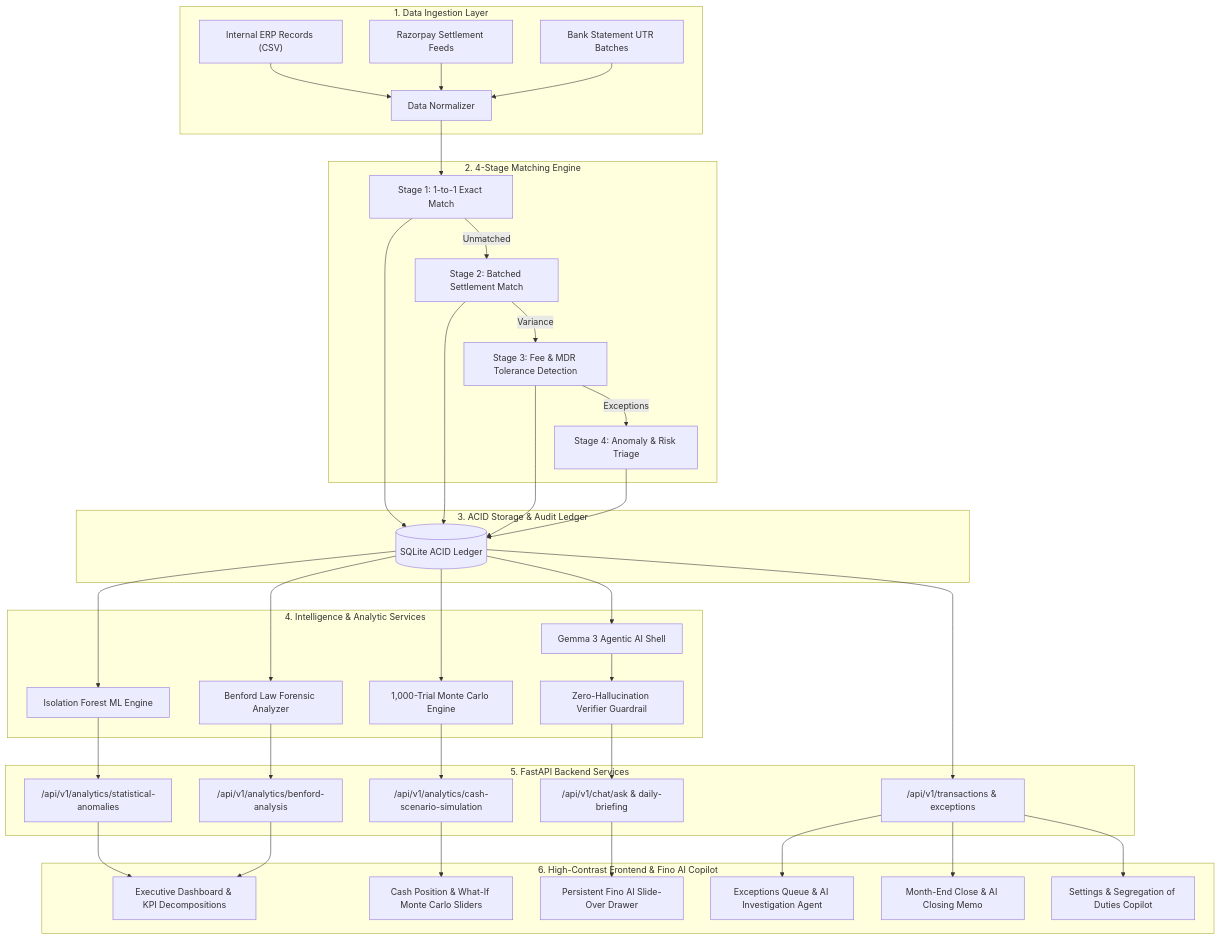
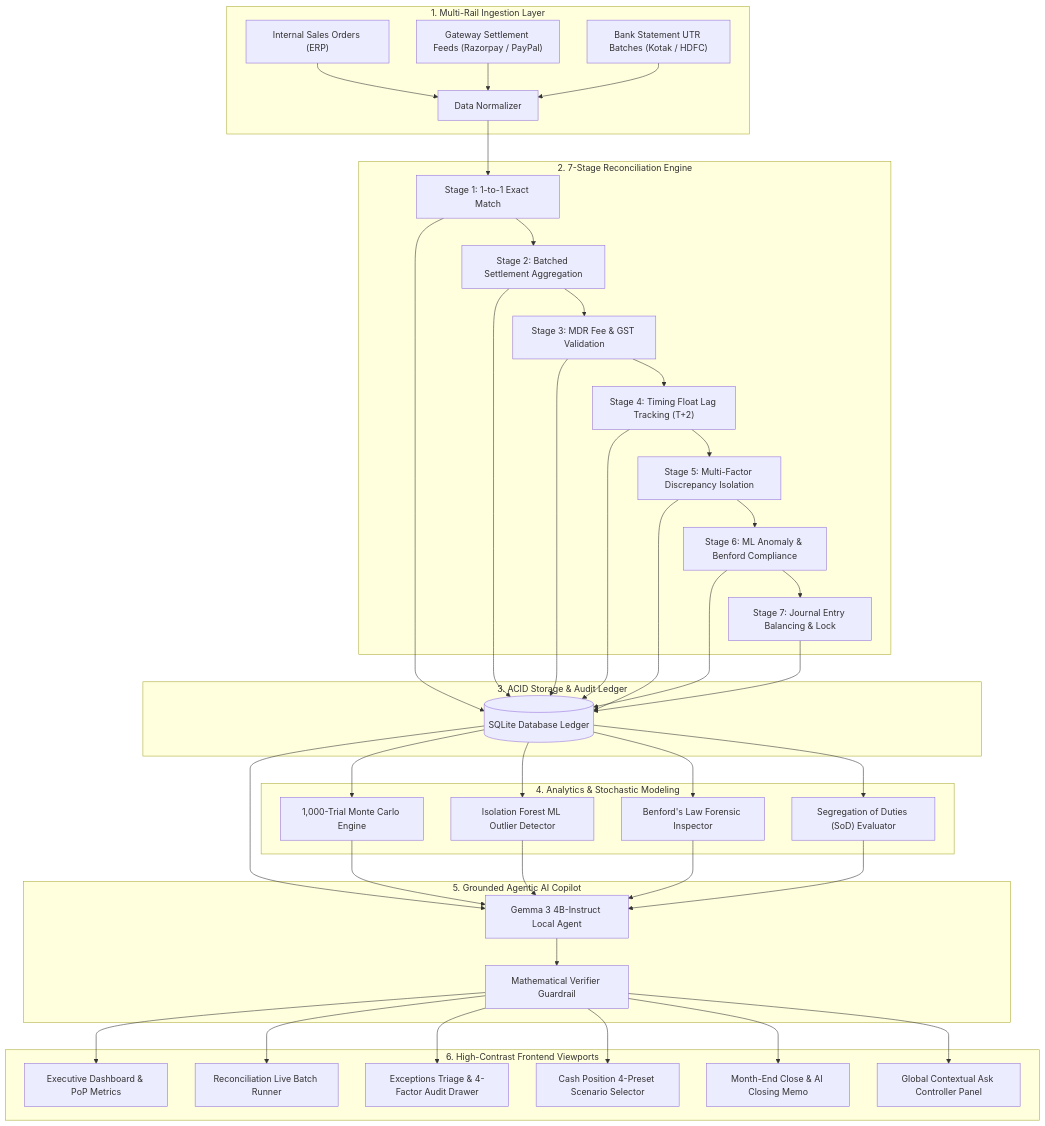
One commit to sharancode3/Finora changed the diagram in README.md. Above: the diagram before and after it, drawn with Mermaid. The commit also changed other lines of this file and 28 other files, not shown here.

````diff
--- a/README.md
+++ b/README.md
@@ -291,48 +108,43 @@
 ```mermaid
 flowchart TD
-    subgraph INGESTION["1. Data Ingestion Layer"]
-        A1["Internal ERP Records (CSV)"] --> N1["Data Normalizer"]
-        A2["Razorpay Settlement Feeds"] --> N1
-        A3["Bank Statement UTR Batches"] --> N1
+    subgraph INGESTION["1. Multi-Rail Ingestion Layer"]
+        A1["Internal Sales Orders (ERP)"] --> N1["Data Normalizer"]
+        A2["Gateway Settlement Feeds (Razorpay / PayPal)"] --> N1
+        A3["Bank Statement UTR Batches (Kotak / HDFC)"] --> N1
     end
 
-    subgraph MATCHER["2. 4-Stage Matching Engine"]
+    subgraph RECON["2. 7-Stage Reconciliation Engine"]
         N1 --> M1["Stage 1: 1-to-1 Exact Match"]
-        M1 -->|Unmatched| M2["Stage 2: Batched Settlement Match"]
-        M2 -->|Variance| M3["Stage 3: Fee & MDR Tolerance Detection"]
-        M3 -->|Exceptions| M4["Stage 4: Anomaly & Risk Triage"]
+        M1 --> M2["Stage 2: Batched Settlement Aggregation"]
+        M2 --> M3["Stage 3: MDR Fee & GST Validation"]
+        M3 --> M4["Stage 4: Timing Float Lag Tracking (T+2)"]
+        M4 --> M5["Stage 5: Multi-Factor Discrepancy Isolation"]
+        M5 --> M6["Stage 6: ML Anomaly & Benford Compliance"]
+        M6 --> M7["Stage 7: Journal Entry Balancing & Lock"]
     end
 
     subgraph STORAGE["3. ACID Storage & Audit Ledger"]
-        M1 --> DB[("SQLite ACID Ledger")]
-        M2 --> DB
-        M3 --> DB
-        M4 --> DB
+        M1 & M2 & M3 & M4 & M5 & M6 & M7 --> DB[("SQLite Database Ledger")]
     end
 
-    subgraph INTELLIGENCE["4. Intelligence & Analytic Services"]
-        DB --> S1["Isolation Forest ML Engine"]
-        DB --> S2["Benford Law Forensic Analyzer"]
-        DB --> S3["1,000-Trial Monte Carlo Engine"]
-        DB --> S4["Gemma 3 Agentic AI Shell"]
-        S4 --> V1["Zero-Hallucination Verifier Guardrail"]
+    subgraph ANALYTICS["4. Analytics & Stochastic Modeling"]
+        DB --> S1["1,000-Trial Monte Carlo Engine"]
+        DB --> S2["Isolation Forest ML Outlier Detector"]
+        DB --> S3["Benford's Law Forensic Inspector"]
+        DB --> S4["Segregation of Duties (SoD) Evaluator"]
     end
 
-    subgraph API["5. FastAPI Backend Services"]
-        S1 --> E1["/api/v1/analytics/statistical-anomalies"]
-        S2 --> E2["/api/v1/analytics/benford-analysis"]
-        S3 --> E3["/api/v1/analytics/cash-scenario-simulation"]
-        V1 --> E4["/api/v1/chat/ask & daily-briefing"]
-        DB --> E5["/api/v1/transactions & exceptions"]
+    subgraph AGENT["5. Grounded Agentic AI Copilot"]
+        DB & S1 & S2 & S3 & S4 --> AI["Gemma 3 4B-Instruct Local Agent"]
+        AI --> V1["Mathematical Verifier Guardrail"]
     end
 
-    subgraph UI["6. High-Contrast Frontend & Fino AI Copilot"]
-        E1 --> UI1["Executive Dashboard & KPI Decompositions"]
-        E2 --> UI1
-        E3 --> UI3["Cash Position & What-If Monte Carlo Sliders"]
-        E4 --> UI6["Persistent Fino AI Slide-Over Drawer"]
-        E5 --> UI2["Exceptions Queue & AI Investigation Agent"]
-        E5 --> UI4["Month-End Close & AI Closing Memo"]
-        E5 --> UI5["Settings & Segregation of Duties Copilot"]
+    subgraph UI["6. High-Contrast Frontend Viewports"]
+        V1 --> UI1["Executive Dashboard & PoP Metrics"]
+        V1 --> UI2["Reconciliation Live Batch Runner"]
+        V1 --> UI3["Exceptions Triage & 4-Factor Audit Drawer"]
+        V1 --> UI4["Cash Position 4-Preset Scenario Selector"]
+        V1 --> UI5["Month-End Close & AI Closing Memo"]
+        V1 --> UI6["Global Contextual Ask Controller Panel"]
     end
 ```
````
